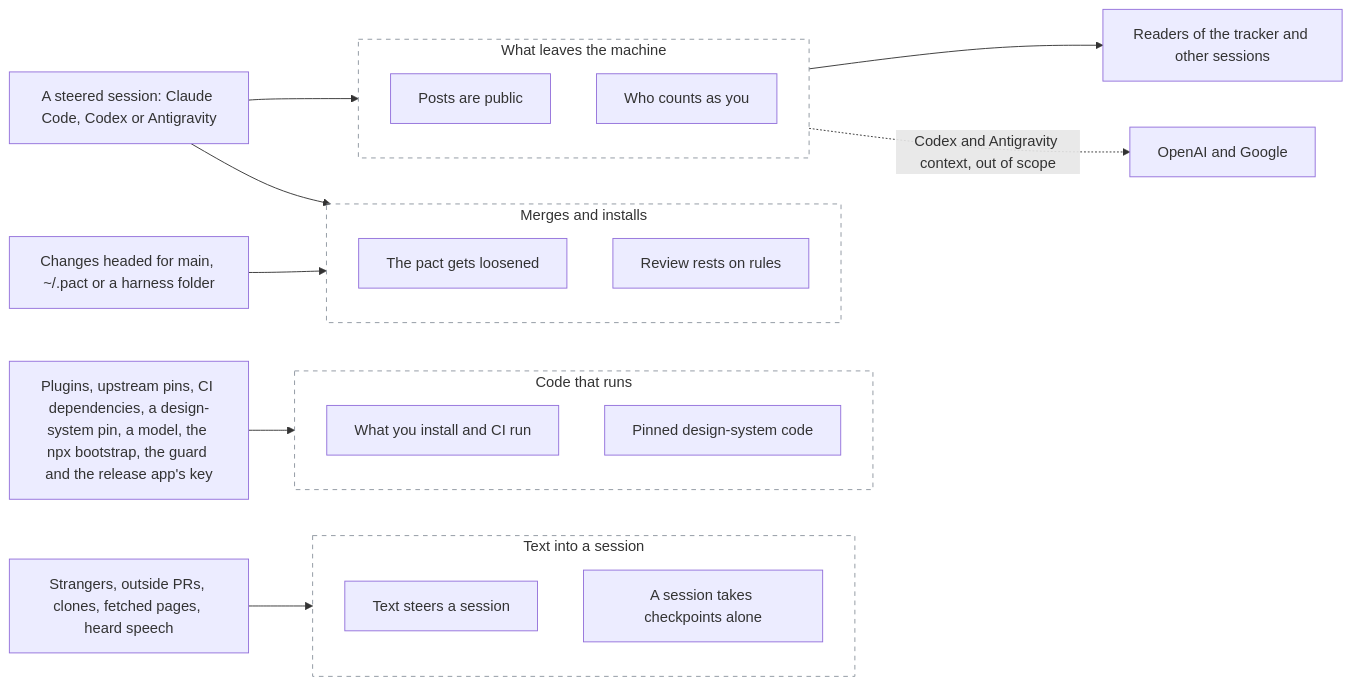
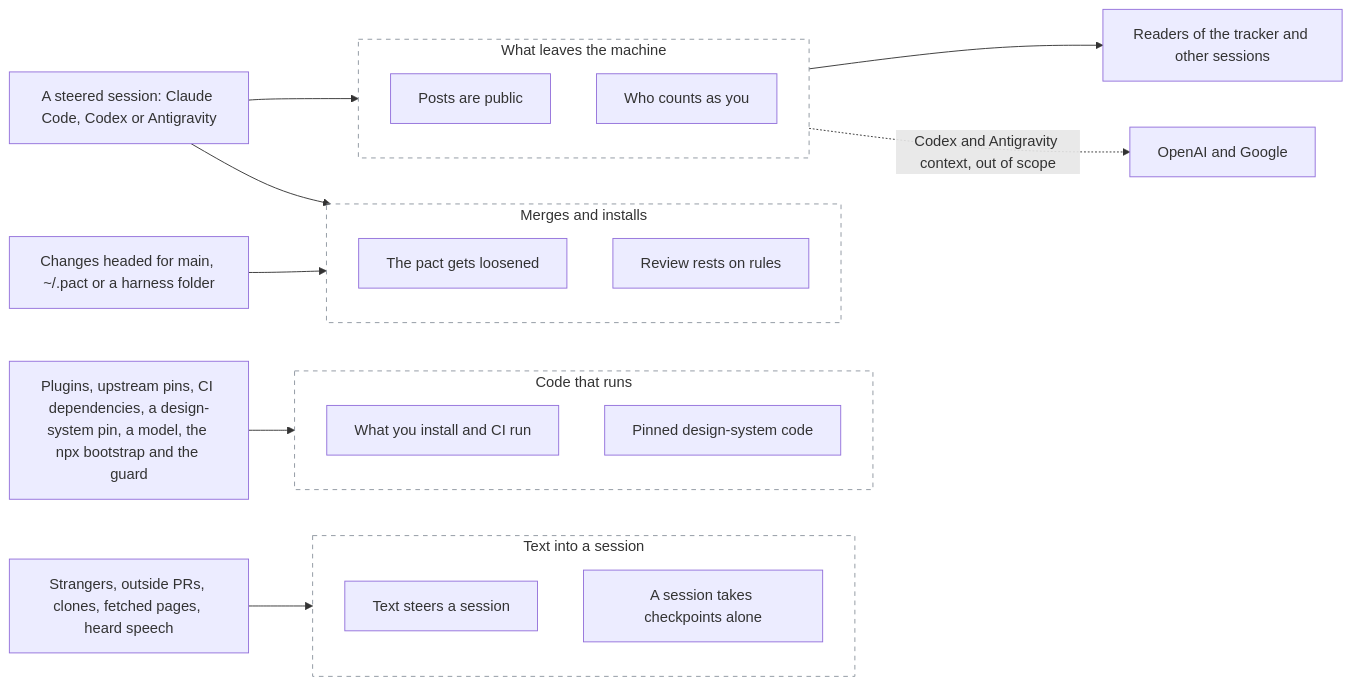
One commit to mephistopheles4/the-pact changed the first of 2 diagrams in docs/threat-model.md. Above: the diagram before and after it, drawn with Mermaid. The commit also changed other lines of this file and 19 other files, not shown here.

````diff
--- a/docs/threat-model.md
+++ b/docs/threat-model.md
@@ -32,39 +32,39 @@
 ```mermaid
 flowchart LR
   outside["Strangers, outside PRs, clones, fetched pages, heard speech"]
-  upstream["Plugins, upstream pins, CI dependencies, a design-system pin, a model, the npx bootstrap, the guard and the release app's key"]
+  upstream["Plugins, upstream pins, CI dependencies, a design-system pin, a model, the npx bootstrap and the guard"]
   owner["Changes headed for main, ~/.pact or a harness folder"]
   session["A steered session: Claude Code, Codex or Antigravity"]
   readers["Readers of the tracker and other sessions"]
   providers["OpenAI and Google"]
 
   subgraph B1["Text into a session"]
     T1["Text steers a session"]
     T2["A session takes checkpoints alone"]
   end
   subgraph B2["Code that runs"]
     T3["What you install and CI run"]
     T4["Pinned design-system code"]
   end
   subgraph B3["Merges and installs"]
     T5["The pact gets loosened"]
     T6["Review rests on rules"]
   end
   subgraph B4["What leaves the machine"]
     T7["Posts are public"]
     T8["Who counts as you"]
   end
 
   outside --> B1
   upstream --> B2
   session --> B3
   owner --> B3
   session --> B4
   B4 --> readers
   B4 -. "Codex and Antigravity context, out of scope" .-> providers
 
   style B1 fill:transparent,stroke:#8c959f,stroke-dasharray: 5 5
   style B2 fill:transparent,stroke:#8c959f,stroke-dasharray: 5 5
   style B3 fill:transparent,stroke:#8c959f,stroke-dasharray: 5 5
   style B4 fill:transparent,stroke:#8c959f,stroke-dasharray: 5 5
 ```
````
